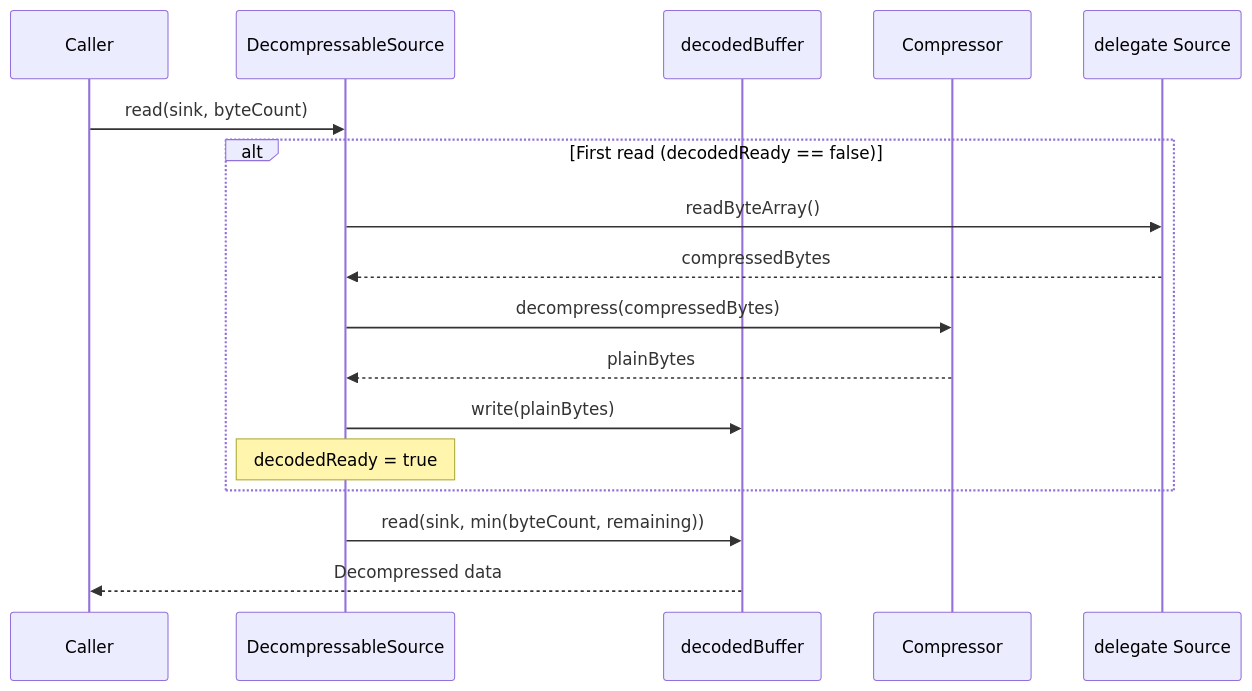
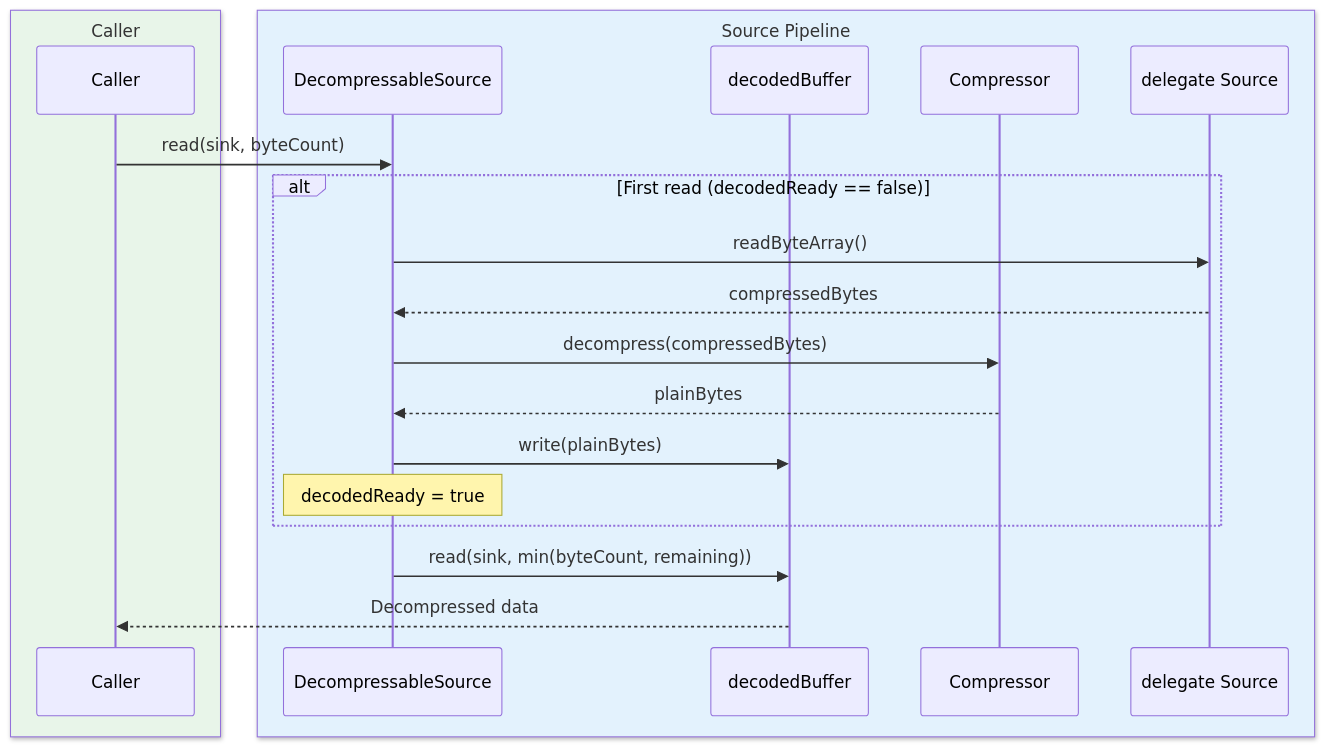
The seventh of 9 diagrams in io/okio/README.md (bluetape4k/bluetape4k-projects), drawn with Mermaid before and after one commit. The commit also changed other lines of this file and 221 other files, not shown here.

First line of the commit message:
docs: 전체 모듈 README UML 다이어그램 보강 및 색상 업그레이드

````diff
--- a/io/okio/README.md
+++ b/io/okio/README.md
@@ -600,20 +646,24 @@
 ```mermaid
 sequenceDiagram
-    participant C as Caller
-    participant DS as DecompressableSource
-    participant DB as decodedBuffer
-    participant Comp as Compressor
-    participant D as delegate Source
+    box rgb(232, 245, 233) Caller
+        participant C as Caller
+    end
+    box rgb(227, 242, 253) Source Pipeline
+        participant DS as DecompressableSource
+        participant DB as decodedBuffer
+        participant Comp as Compressor
+        participant D as delegate Source
+    end
 
     C->>DS: read(sink, byteCount)
     alt First read (decodedReady == false)
         DS->>D: readByteArray()
         D-->>DS: compressedBytes
         DS->>Comp: decompress(compressedBytes)
         Comp-->>DS: plainBytes
         DS->>DB: write(plainBytes)
         Note over DS: decodedReady = true
     end
     DS->>DB: read(sink, min(byteCount, remaining))
     DB-->>C: Decompressed data
 ```
````
